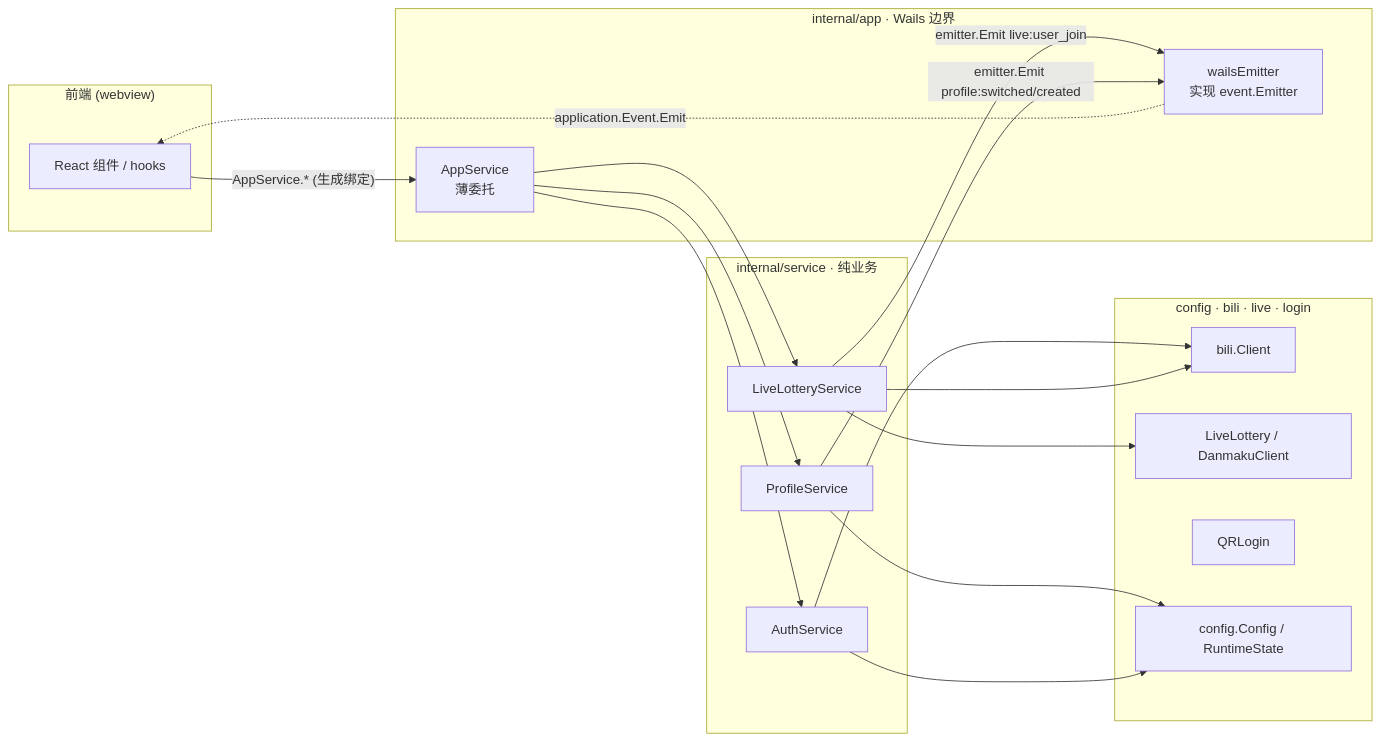
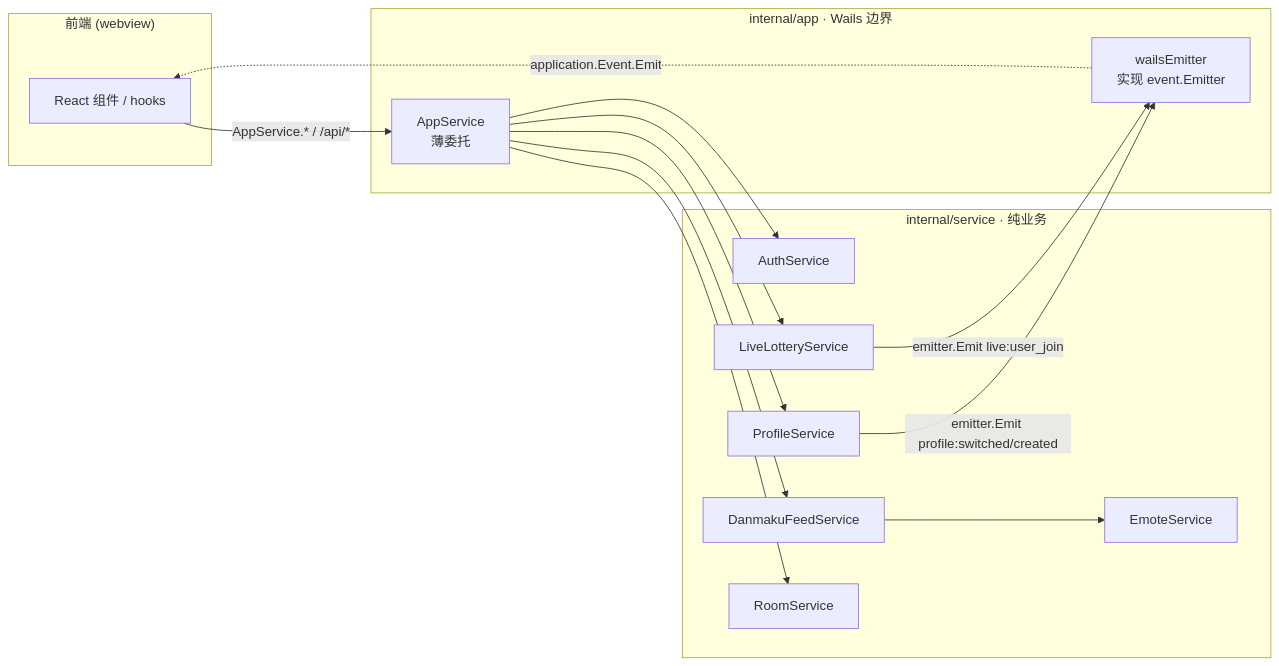
The second of 2 diagrams in docs/architecture/backend.md (aDarkMaker/BiliLuckyDraw), drawn with Mermaid before and after one commit. The commit also changed other lines of this file and 30 other files, not shown here.

````diff
--- a/docs/architecture/backend.md
+++ b/docs/architecture/backend.md
@@ -34,37 +46,31 @@
 ```mermaid
 flowchart LR
     subgraph FE["前端 (webview)"]
         UI[React 组件 / hooks]
     end
 
     subgraph APP["internal/app · Wails 边界"]
         AS["AppService<br/>薄委托"]
         WE["wailsEmitter<br/>实现 event.Emitter"]
     end
 
     subgraph SVC["internal/service · 纯业务"]
         Auth[AuthService]
         Live[LiveLotteryService]
-        Profile[ProfileService]
+        Dm[DanmakuFeedService]
+        Emote[EmoteService]
+        Prof[ProfileService]
+        Room[RoomService]
     end
 
-    subgraph BASE["config · bili · live · login"]
-        Bili[bili.Client]
-        LLive[LiveLottery / DanmakuClient]
-        QR[QRLogin]
-        Cfg[config.Config / RuntimeState]
-    end
-
-    UI -- "AppService.* (生成绑定)" --> AS
+    UI -- "AppService.* / /api/*" --> AS
     AS --> Auth
     AS --> Live
-    AS --> Profile
+    AS --> Dm
+    AS --> Prof
+    AS --> Room
+    Dm --> Emote
     Live -- "emitter.Emit live:user_join" --> WE
-    Profile -- "emitter.Emit profile:switched/created" --> WE
+    Prof -- "emitter.Emit profile:switched/created" --> WE
     WE -. "application.Event.Emit" .-> UI
-    Auth --> Bili
-    Live --> LLive
-    Live --> Bili
-    Profile --> Cfg
-    Auth --> Cfg
 ```
````
